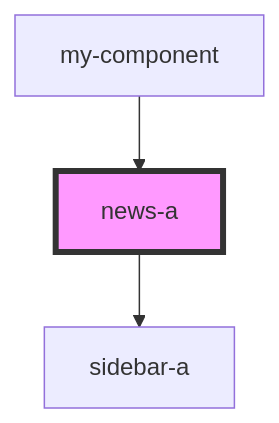
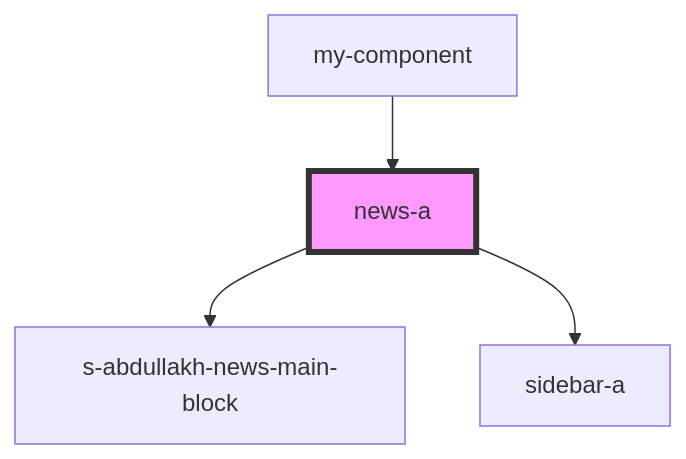
Before and after one commit to Wokh-Dada/wibbitz-stencil: the diagram in src/components/theme-one/res/view/news-a/readme.md, drawn with Mermaid. The commit also changed other lines of this file and 25 other files, not shown here.

````diff
--- a/src/components/theme-one/res/view/news-a/readme.md
+++ b/src/components/theme-one/res/view/news-a/readme.md
@@ -26,6 +36,7 @@
 ```mermaid
 graph TD;
+  news-a --> s-abdullakh-news-main-block
   news-a --> sidebar-a
   my-component --> news-a
   style news-a fill:#f9f,stroke:#333,stroke-width:4px
 ```
````
